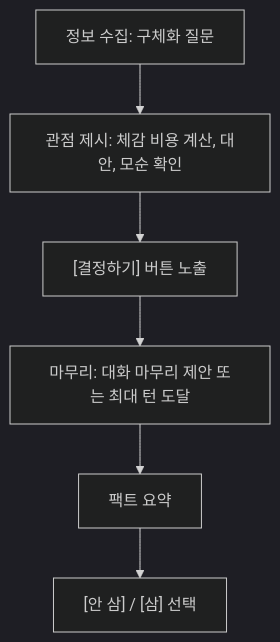
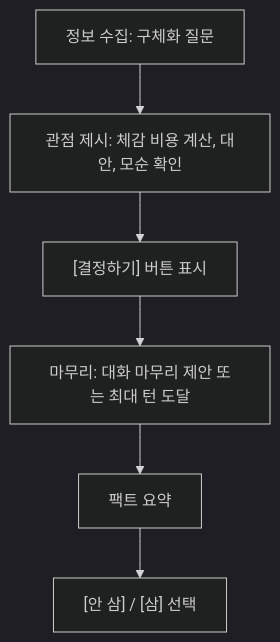
One commit to web-ppu/cooling-off changed the diagram in docs/engineering/ai-prompt-v1.md. Above: the diagram before and after it, drawn with Mermaid (dark theme). The commit also changed other lines of this file and 7 other files, not shown here.

````diff
--- a/docs/engineering/ai-prompt-v1.md
+++ b/docs/engineering/ai-prompt-v1.md
@@ -78,8 +78,8 @@
 ```mermaid
 flowchart TD
   Gather["정보 수집: 구체화 질문"] --> Perspective["관점 제시: 체감 비용 계산, 대안, 모순 확인"]
-  Perspective --> Button["[결정하기] 버튼 노출"]
+  Perspective --> Button["[결정하기] 버튼 표시"]
   Button --> Closing["마무리: 대화 마무리 제안 또는 최대 턴 도달"]
   Closing --> Summary["팩트 요약"]
   Summary --> Choice["[안 삼] / [삼] 선택"]
 ```
````
